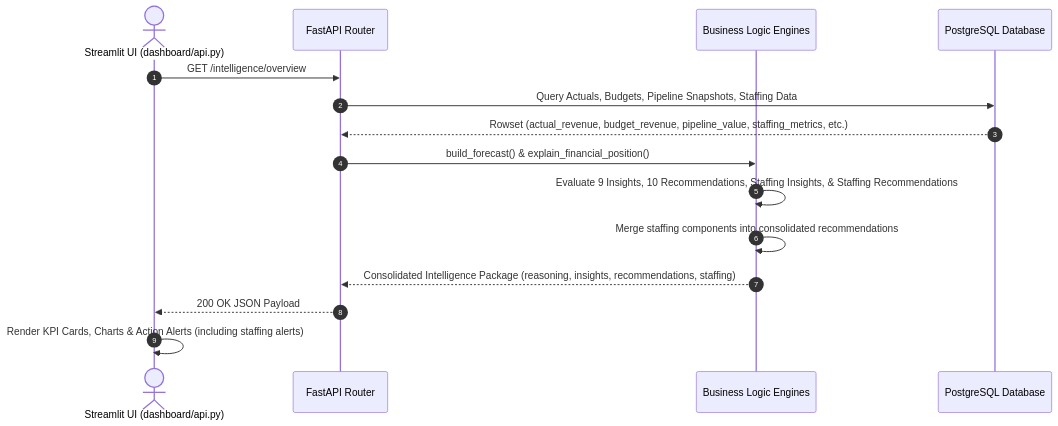
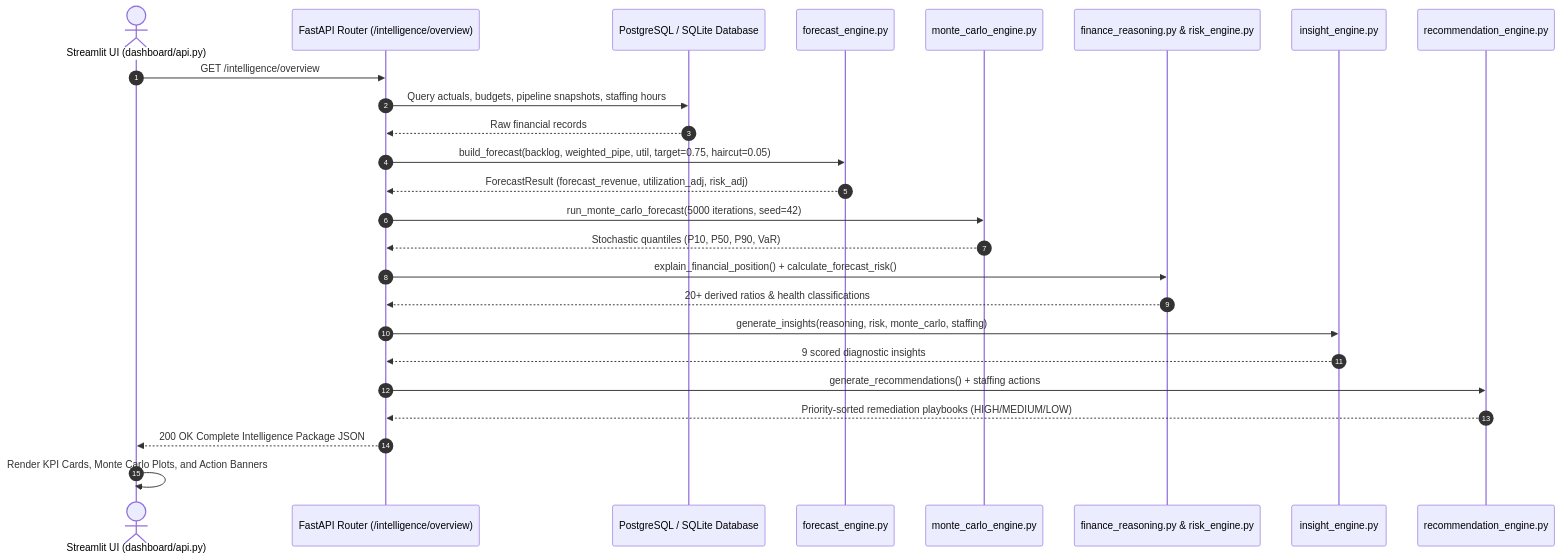
The second of 2 diagrams in docs/API.md (VED-VIVEK-TALMALEY/x-fin), drawn with Mermaid before and after one commit. The commit also changed other lines of this file and 8 other files, not shown here.

````diff
--- a/docs/API.md
+++ b/docs/API.md
@@ -71,18 +71,28 @@
 ```mermaid
 sequenceDiagram
     autonumber
     actor Dashboard as Streamlit UI (dashboard/api.py)
-    participant Gateway as FastAPI Router
-    participant Engine as Business Logic Engines
-    participant DB as PostgreSQL Database
+    participant Gateway as FastAPI Router (/intelligence/overview)
+    participant DB as PostgreSQL / SQLite Database
+    participant EngFC as forecast_engine.py
+    participant EngMC as monte_carlo_engine.py
+    participant EngRS as finance_reasoning.py & risk_engine.py
+    participant EngIN as insight_engine.py
+    participant EngRC as recommendation_engine.py
 
     Dashboard->>Gateway: GET /intelligence/overview
-    Gateway->>DB: Query Actuals, Budgets, Pipeline Snapshots, Staffing Data
-    DB-->>Gateway: Rowset (actual_revenue, budget_revenue, pipeline_value, staffing_metrics, etc.)
-    Gateway->>Engine: build_forecast() & explain_financial_position()
-    Engine->>Engine: Evaluate 9 Insights, 10 Recommendations, Staffing Insights, & Staffing Recommendations
-    Engine->>Engine: Merge staffing components into consolidated recommendations
-    Engine-->>Gateway: Consolidated Intelligence Package (reasoning, insights, recommendations, staffing)
-    Gateway-->>Dashboard: 200 OK JSON Payload
-    Dashboard->>Dashboard: Render KPI Cards, Charts & Action Alerts (including staffing alerts)
+    Gateway->>DB: Query actuals, budgets, pipeline snapshots, staffing hours
+    DB-->>Gateway: Raw financial records
+    Gateway->>EngFC: build_forecast(backlog, weighted_pipe, util, target=0.75, haircut=0.05)
+    EngFC-->>Gateway: ForecastResult (forecast_revenue, utilization_adj, risk_adj)
+    Gateway->>EngMC: run_monte_carlo_forecast(5000 iterations, seed=42)
+    EngMC-->>Gateway: Stochastic quantiles (P10, P50, P90, VaR)
+    Gateway->>EngRS: explain_financial_position() + calculate_forecast_risk()
+    EngRS-->>Gateway: 20+ derived ratios & health classifications
+    Gateway->>EngIN: generate_insights(reasoning, risk, monte_carlo, staffing)
+    EngIN-->>Gateway: 9 scored diagnostic insights
+    Gateway->>EngRC: generate_recommendations() + staffing actions
+    EngRC-->>Gateway: Priority-sorted remediation playbooks (HIGH/MEDIUM/LOW)
+    Gateway-->>Dashboard: 200 OK Complete Intelligence Package JSON
+    Dashboard->>Dashboard: Render KPI Cards, Monte Carlo Plots, and Action Banners
 ```
````
